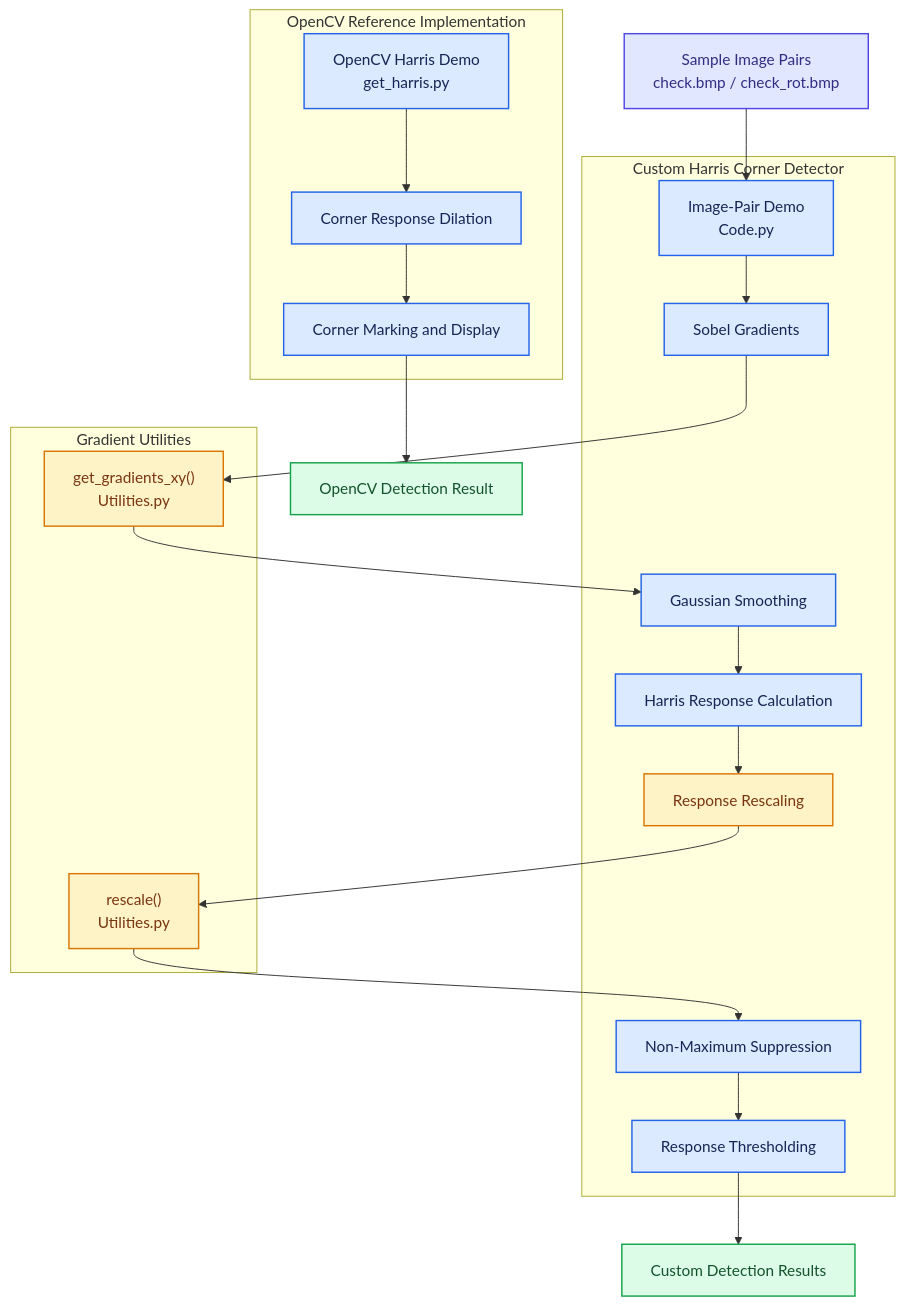
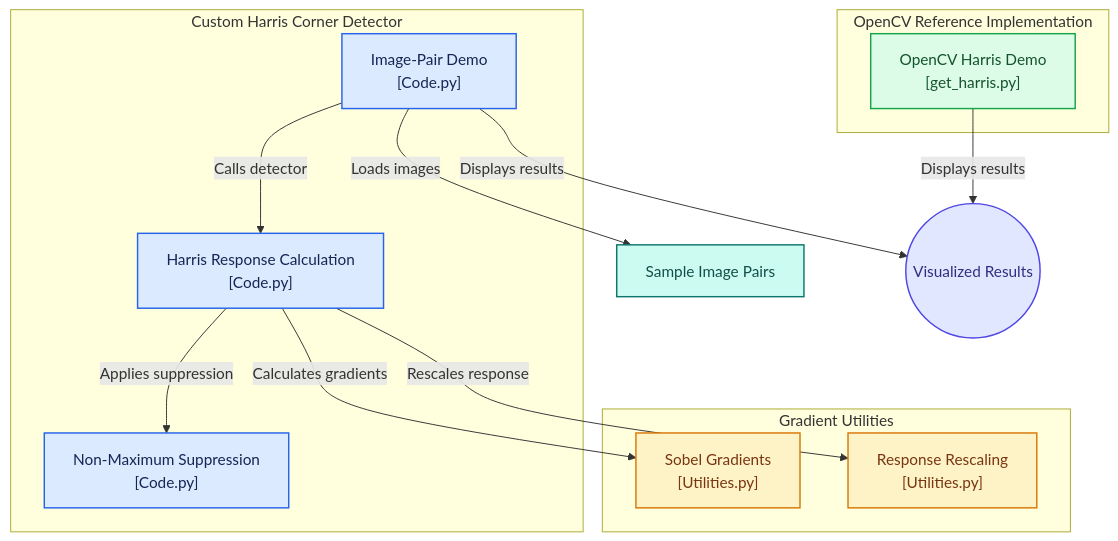
One commit to yassakamille/Computer_Vision-Edge_detection changed the diagram in README.md. Above: the diagram before and after it, drawn with Mermaid.

````diff
--- a/README.md
+++ b/README.md
@@ -8,58 +8,50 @@
-```mermaid
+```mermaid id="w4k9zt"
 flowchart TD
-    subgraph custom["Custom Harris Corner Detector"]
-        runner["Image-Pair Demo<br/>Code.py"]
-        gradients["Sobel Gradients"]
-        smoothing["Gaussian Smoothing"]
-        response["Harris Response Calculation"]
-        scaling["Response Rescaling"]
-        suppression["Non-Maximum Suppression"]
-        threshold["Response Thresholding"]
+    subgraph group_custom["Custom Harris Corner Detector"]
+        node_runner["Image-Pair Demo<br/>[Code.py]"]
+        node_detector["Harris Response Calculation<br/>[Code.py]"]
+        node_suppression["Non-Maximum Suppression<br/>[Code.py]"]
     end
 
-    subgraph utilities["Gradient Utilities"]
-        sobel["get_gradients_xy()<br/>Utilities.py"]
-        rescale["rescale()<br/>Utilities.py"]
+    subgraph group_support["Gradient Utilities"]
+        node_gradient["Sobel Gradients<br/>[Utilities.py]"]
+        node_scaling["Response Rescaling<br/>[Utilities.py]"]
     end
 
-    subgraph opencv["OpenCV Reference Implementation"]
-        reference["OpenCV Harris Demo<br/>get_harris.py"]
-        dilation["Corner Response Dilation"]
-        marking["Corner Marking and Display"]
+    subgraph group_reference["OpenCV Reference Implementation"]
+        node_opencv["OpenCV Harris Demo<br/>[get_harris.py]"]
     end
 
-    images["Sample Image Pairs<br/>check.bmp / check_rot.bmp"]
-    results["Custom Detection Results"]
-    reference_image["OpenCV Detection Result"]
+    node_sample["Sample Image Pairs"]
+    node_display(("Visualized Results"))
 
-    images --> runner
-    runner --> gradients
-    gradients --> sobel
-    sobel --> smoothing
-    smoothing --> response
-    response --> scaling
-    scaling --> rescale
-    rescale --> suppression
-    suppression --> threshold
-    threshold --> results
+    node_runner -->|"Loads images"| node_sample
+    node_runner -->|"Calls detector"| node_detector
+    node_detector -->|"Calculates gradients"| node_gradient
+    node_detector -->|"Rescales response"| node_scaling
+    node_detector -->|"Applies suppression"| node_suppression
+    node_runner -->|"Displays results"| node_display
+    node_opencv -->|"Displays results"| node_display
 
-    reference --> dilation
-    dilation --> marking
-    marking --> reference_image
+    click node_runner "https://github.com/yassakamille/computer_vision-edge_detection/blob/main/Harris/Code.py"
+    click node_detector "https://github.com/yassakamille/computer_vision-edge_detection/blob/main/Harris/Code.py"
+    click node_suppression "https://github.com/yassakamille/computer_vision-edge_detection/blob/main/Harris/Code.py"
+    click node_gradient "https://github.com/yassakamille/computer_vision-edge_detection/blob/main/Harris/Utilities.py"
+    click node_scaling "https://github.com/yassakamille/computer_vision-edge_detection/blob/main/Harris/Utilities.py"
+    click node_sample "https://github.com/yassakamille/computer_vision-edge_detection/tree/main/Harris/input"
+    click node_opencv "https://github.com/yassakamille/computer_vision-edge_detection/blob/main/Harris/get_harris.py"
 
-    click runner "https://github.com/yassakamille/computer_vision-edge_detection/blob/main/Harris/Code.py"
-    click sobel "https://github.com/yassakamille/computer_vision-edge_detection/blob/main/Harris/Utilities.py"
-    click rescale "https://github.com/yassakamille/computer_vision-edge_detection/blob/main/Harris/Utilities.py"
-    click reference "https://github.com/yassakamille/computer_vision-edge_detection/blob/main/Harris/get_harris.py"
-    click images "https://github.com/yassakamille/computer_vision-edge_detection/tree/main/Harris/input"
+    classDef toneNeutral fill:#f8fafc,stroke:#334155,stroke-width:1.5px,color:#0f172a
+    classDef toneBlue fill:#dbeafe,stroke:#2563eb,stroke-width:1.5px,color:#172554
+    classDef toneAmber fill:#fef3c7,stroke:#d97706,stroke-width:1.5px,color:#78350f
+    classDef toneMint fill:#dcfce7,stroke:#16a34a,stroke-width:1.5px,color:#14532d
+    classDef toneRose fill:#ffe4e6,stroke:#e11d48,stroke-width:1.5px,color:#881337
+    classDef toneIndigo fill:#e0e7ff,stroke:#4f46e5,stroke-width:1.5px,color:#312e81
+    classDef toneTeal fill:#ccfbf1,stroke:#0f766e,stroke-width:1.5px,color:#134e4a
 
-    classDef process fill:#dbeafe,stroke:#2563eb,stroke-width:1.5px,color:#172554
-    classDef utility fill:#fef3c7,stroke:#d97706,stroke-width:1.5px,color:#78350f
-    classDef result fill:#dcfce7,stroke:#16a34a,stroke-width:1.5px,color:#14532d
-    classDef inputStyle fill:#e0e7ff,stroke:#4f46e5,stroke-width:1.5px,color:#312e81
-
-    class runner,gradients,smoothing,response,suppression,threshold,reference,dilation,marking process
-    class sobel,rescale,scaling utility
-    class results,reference_image result
-    class images inputStyle
+    class node_runner,node_detector,node_suppression toneBlue
+    class node_gradient,node_scaling toneAmber
+    class node_opencv toneMint
+    class node_sample toneTeal
+    class node_display toneIndigo
 ```
````
